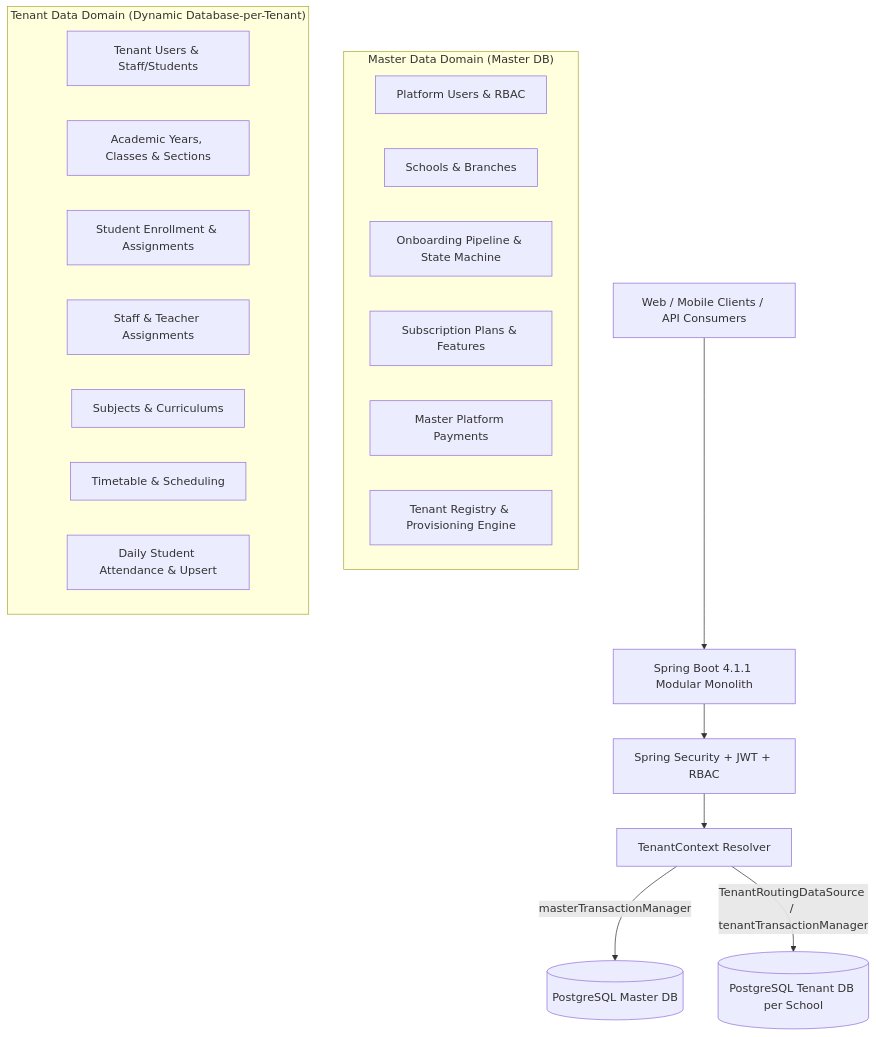
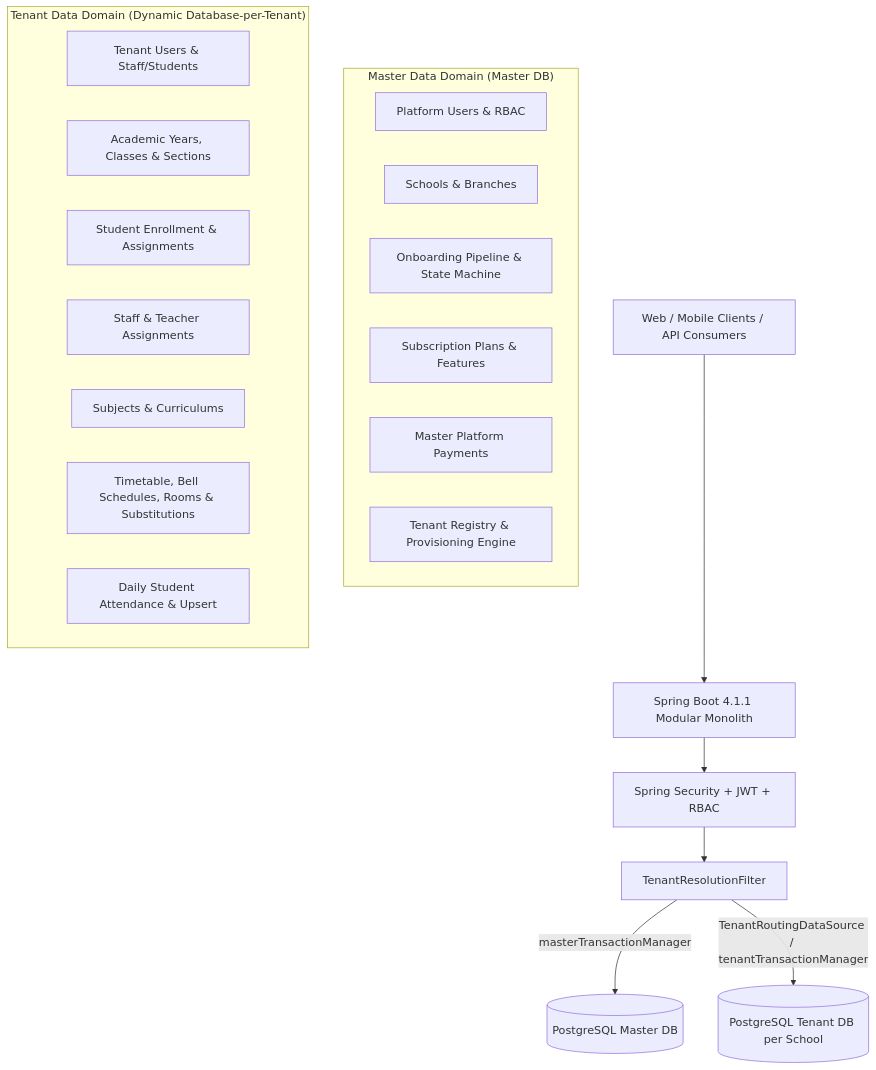
Before and after one commit to Chhavidutt-Bhardwaj/vidya_Backend: the first of 2 diagrams in PROJECT_OVERVIEW.md, drawn with Mermaid. The commit also changed other lines of this file and 71 other files, not shown here.

````diff
--- a/PROJECT_OVERVIEW.md
+++ b/PROJECT_OVERVIEW.md
@@ -25,28 +25,28 @@
 ```mermaid
 graph TD
     Client[Web / Mobile Clients / API Consumers] --> Gateway[Spring Boot 4.1.1 Modular Monolith]
     Gateway --> Security[Spring Security + JWT + RBAC]
-    Security --> TenantFilter[TenantContext Resolver]
+    Security --> TenantFilter[TenantResolutionFilter]
     
     subgraph "Master Data Domain (Master DB)"
         PlatformUsers[Platform Users & RBAC]
         SchoolMaster[Schools & Branches]
         Onboarding[Onboarding Pipeline & State Machine]
         Subscriptions[Subscription Plans & Features]
         Payments[Master Platform Payments]
         TenantRegistry[Tenant Registry & Provisioning Engine]
     end
     
     subgraph "Tenant Data Domain (Dynamic Database-per-Tenant)"
         TenantUsers[Tenant Users & Staff/Students]
         Academic[Academic Years, Classes & Sections]
         Enrollment[Student Enrollment & Assignments]
         StaffMgmt[Staff & Teacher Assignments]
         Curriculum[Subjects & Curriculums]
-        Timetable[Timetable & Scheduling]
+        Timetable[Timetable, Bell Schedules, Rooms & Substitutions]
         Attendance[Daily Student Attendance & Upsert]
     end
     
     TenantFilter -->|masterTransactionManager| MasterDB[(PostgreSQL Master DB)]
     TenantFilter -->|TenantRoutingDataSource / tenantTransactionManager| TenantDB[(PostgreSQL Tenant DB per School)]
 ```
````
